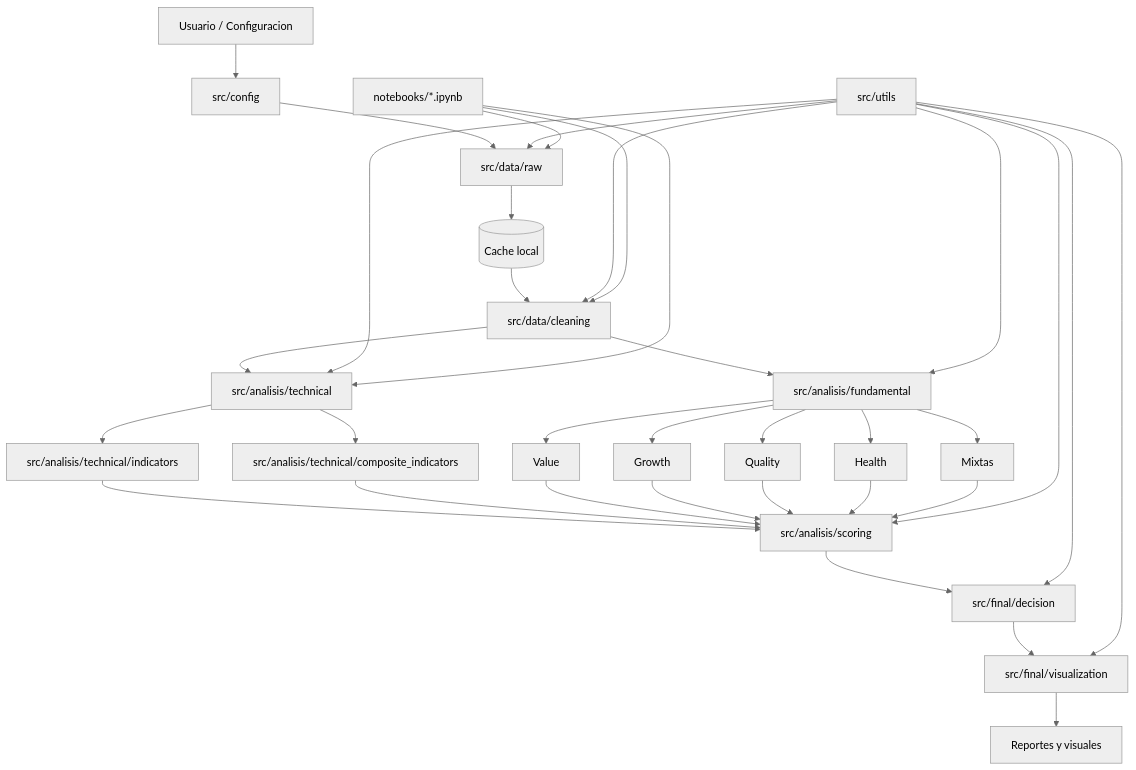
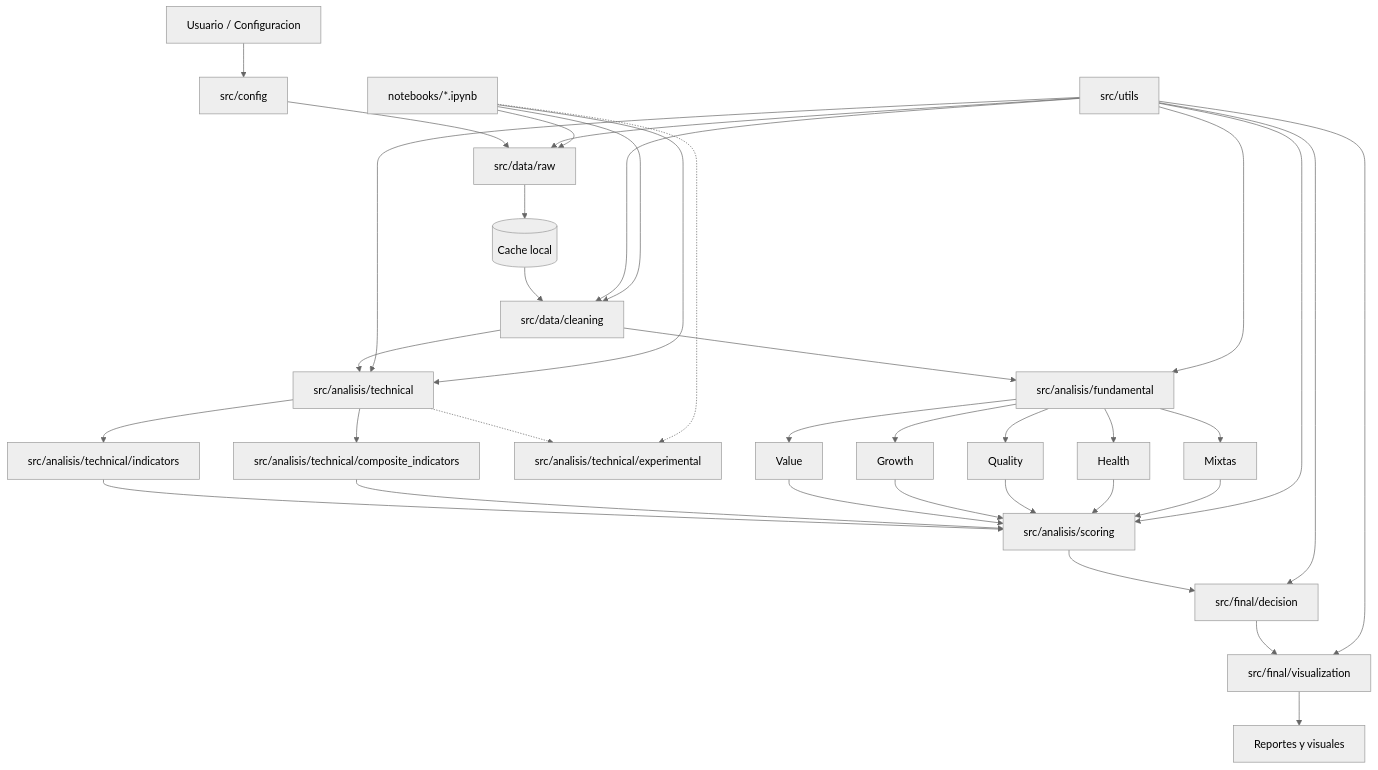
Before and after one commit to Romequinco/Sistema-De-Analisis-Financiero: the diagram in architecture_diagram.md, drawn with Mermaid (neutral theme). The commit also changed 14 other files, not shown here.

````diff
--- a/architecture_diagram.md
+++ b/architecture_diagram.md
@@ -7,43 +7,45 @@
 ```mermaid
 flowchart TD
     User[Usuario / Configuracion] --> Config[src/config]
     Config --> DataRaw[src/data/raw]
     DataRaw --> Cache[(Cache local)]
     Cache --> DataClean[src/data/cleaning]
 
     DataClean --> Tech[src/analisis/technical]
     DataClean --> Fund[src/analisis/fundamental]
 
     Tech --> Indicators[src/analisis/technical/indicators]
     Tech --> Composite[src/analisis/technical/composite_indicators]
+    Tech -.-> Experimental[src/analisis/technical/experimental]
 
     Fund --> Value[Value]
     Fund --> Growth[Growth]
     Fund --> Quality[Quality]
     Fund --> Health[Health]
     Fund --> Mixed[Mixtas]
 
     Indicators --> Scoring[src/analisis/scoring]
     Composite --> Scoring
     Value --> Scoring
     Growth --> Scoring
     Quality --> Scoring
     Health --> Scoring
     Mixed --> Scoring
 
     Scoring --> Decision[src/final/decision]
     Decision --> Visualization[src/final/visualization]
     Visualization --> Reportes[Reportes y visuales]
 
     Utils[src/utils] --> DataRaw
     Utils --> DataClean
     Utils --> Tech
     Utils --> Fund
     Utils --> Scoring
     Utils --> Decision
     Utils --> Visualization
 
     Notebooks[notebooks/*.ipynb] --> DataRaw
     Notebooks --> DataClean
     Notebooks --> Tech
+    Notebooks -.-> Experimental
 ```
````
